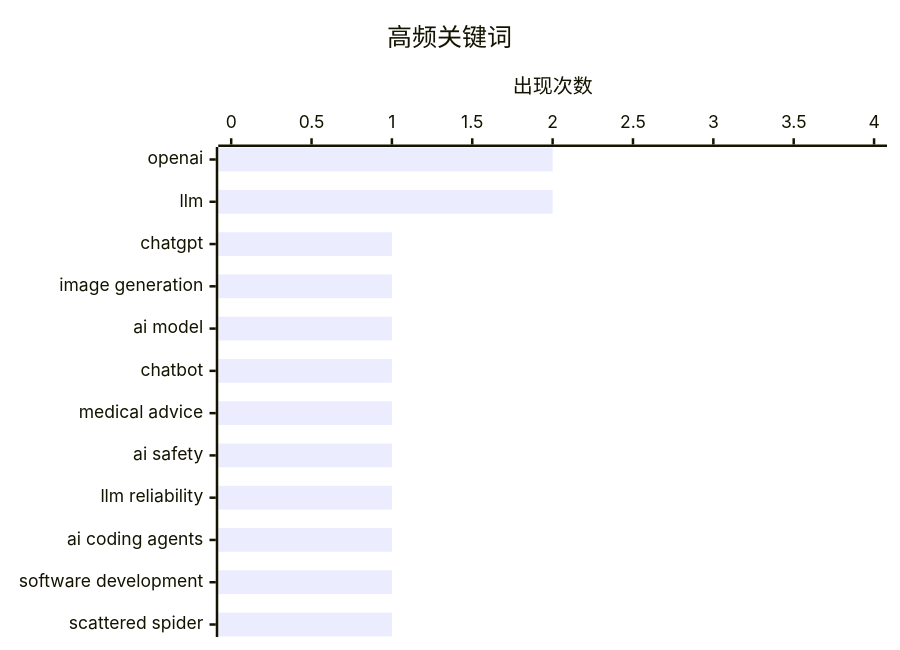
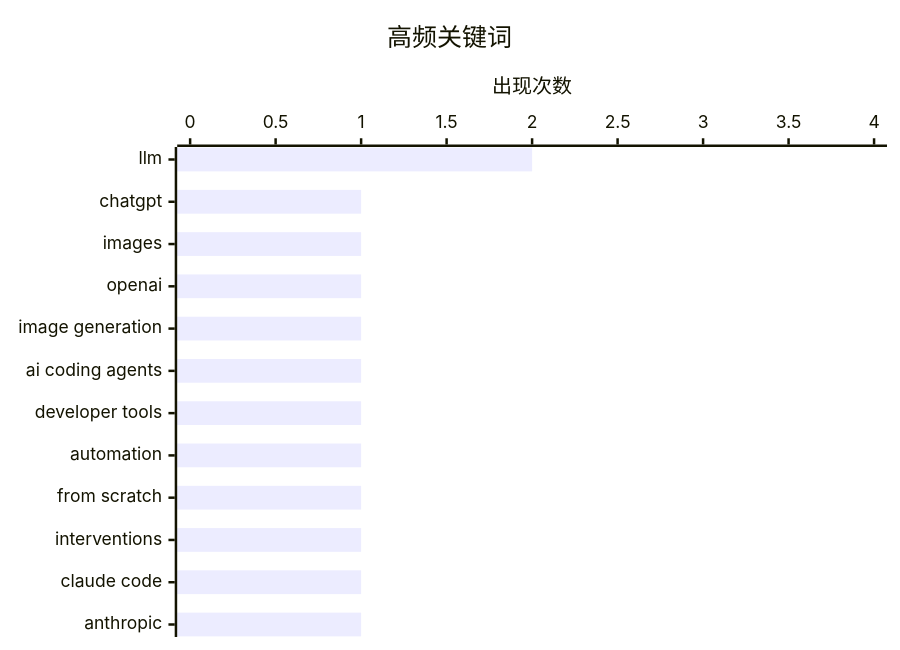
Before and after one commit to NicCraver/ai-daily-digest-web: the second of 2 diagrams in data/digest-20260421.md, drawn with Mermaid. The commit also changed other lines of this file and 31 other files, not shown here.

````diff
--- a/data/digest-20260421.md
+++ b/data/digest-20260421.md
@@ -65,7 +66,7 @@
 ```mermaid
 xychart-beta horizontal
     title "高频关键词"
-    x-axis ["openai", "llm", "chatgpt", "image generation", "ai model", "chatbot", "medical advice", "ai safety", "llm reliability", "ai coding agents", "software development", "scattered spider"]
+    x-axis ["llm", "chatgpt", "images", "openai", "image generation", "ai coding agents", "developer tools", "automation", "from scratch", "interventions", "claude code", "anthropic"]
     y-axis "出现次数" 0 --> 4
-    bar [2, 2, 1, 1, 1, 1, 1, 1, 1, 1, 1, 1]
+    bar [2, 1, 1, 1, 1, 1, 1, 1, 1, 1, 1, 1]
 ```
````
